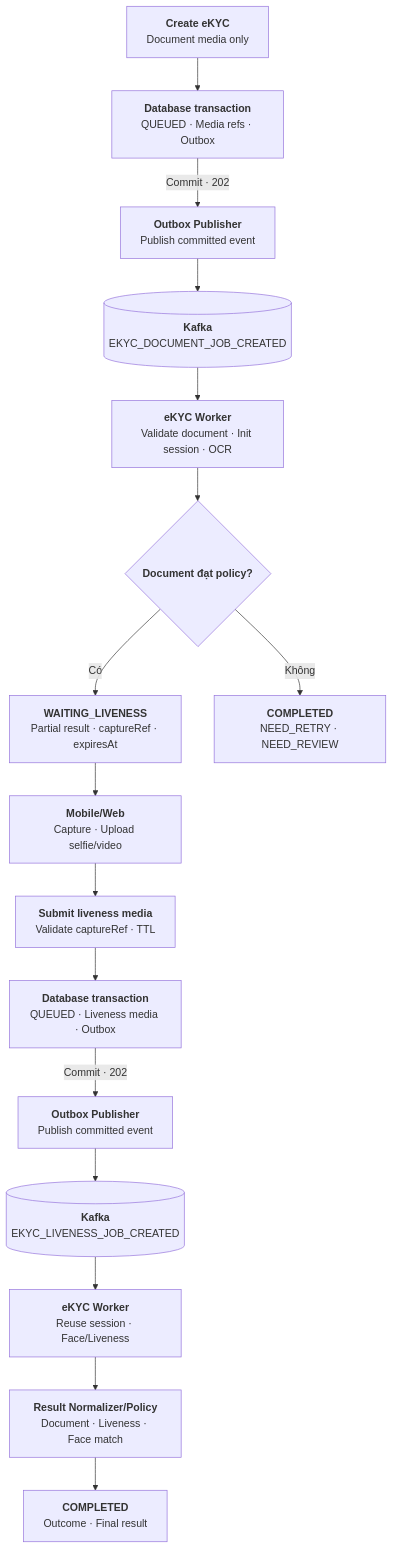
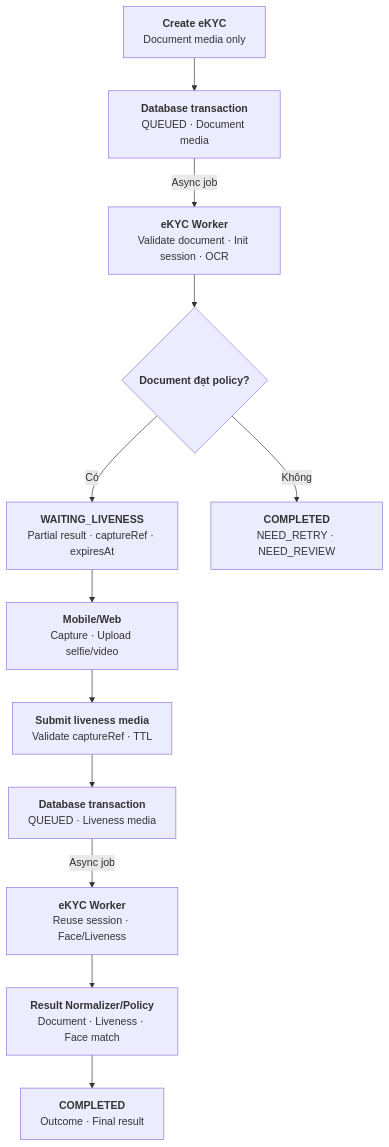
One commit to huynv-xyz/vhm changed the sixth of 8 diagrams in noxh-ekyc.md. Above: the diagram before and after it, drawn with Mermaid. The commit also changed other lines of this file, not shown here.

````diff
--- a/noxh-ekyc.md
+++ b/noxh-ekyc.md
@@ -403,42 +380,32 @@
 ```mermaid
 flowchart TB
     CREATE["`**Create eKYC**
 Document media only`"]
     DOC_ACCEPT["`**Database transaction**
-QUEUED · Media refs · Outbox`"]
-    DOC_PUBLISH["`**Outbox Publisher**
-Publish committed event`"]
-    DOC_JOB[("`**Kafka**
-EKYC_DOCUMENT_JOB_CREATED`")]
+QUEUED · Document media`"]
     OCR_WORKER["`**eKYC Worker**
 Validate document · Init session · OCR`"]
     DOC_CHECK{"`**Document đạt policy?**`"}
     WAIT["`**WAITING_LIVENESS**
 Partial result · captureRef · expiresAt`"]
     DOC_END["`**COMPLETED**
 NEED_RETRY · NEED_REVIEW`"]
     CAPTURE["`**Mobile/Web**
 Capture · Upload selfie/video`"]
     SUBMIT["`**Submit liveness media**
 Validate captureRef · TTL`"]
     LIVE_ACCEPT["`**Database transaction**
-QUEUED · Liveness media · Outbox`"]
-    LIVE_PUBLISH["`**Outbox Publisher**
-Publish committed event`"]
-    LIVE_JOB[("`**Kafka**
-EKYC_LIVENESS_JOB_CREATED`")]
+QUEUED · Liveness media`"]
     LIVE_WORKER["`**eKYC Worker**
 Reuse session · Face/Liveness`"]
     POLICY["`**Result Normalizer/Policy**
 Document · Liveness · Face match`"]
     DONE["`**COMPLETED**
 Outcome · Final result`"]
 
-    CREATE --> DOC_ACCEPT -->|"Commit · 202"| DOC_PUBLISH --> DOC_JOB
-    DOC_JOB --> OCR_WORKER --> DOC_CHECK
+    CREATE --> DOC_ACCEPT -->|"Async job"| OCR_WORKER --> DOC_CHECK
     DOC_CHECK -->|"Có"| WAIT
     DOC_CHECK -->|"Không"| DOC_END
     WAIT --> CAPTURE --> SUBMIT --> LIVE_ACCEPT
-    LIVE_ACCEPT -->|"Commit · 202"| LIVE_PUBLISH --> LIVE_JOB
-    LIVE_JOB --> LIVE_WORKER --> POLICY --> DONE
+    LIVE_ACCEPT -->|"Async job"| LIVE_WORKER --> POLICY --> DONE
 ```
````
